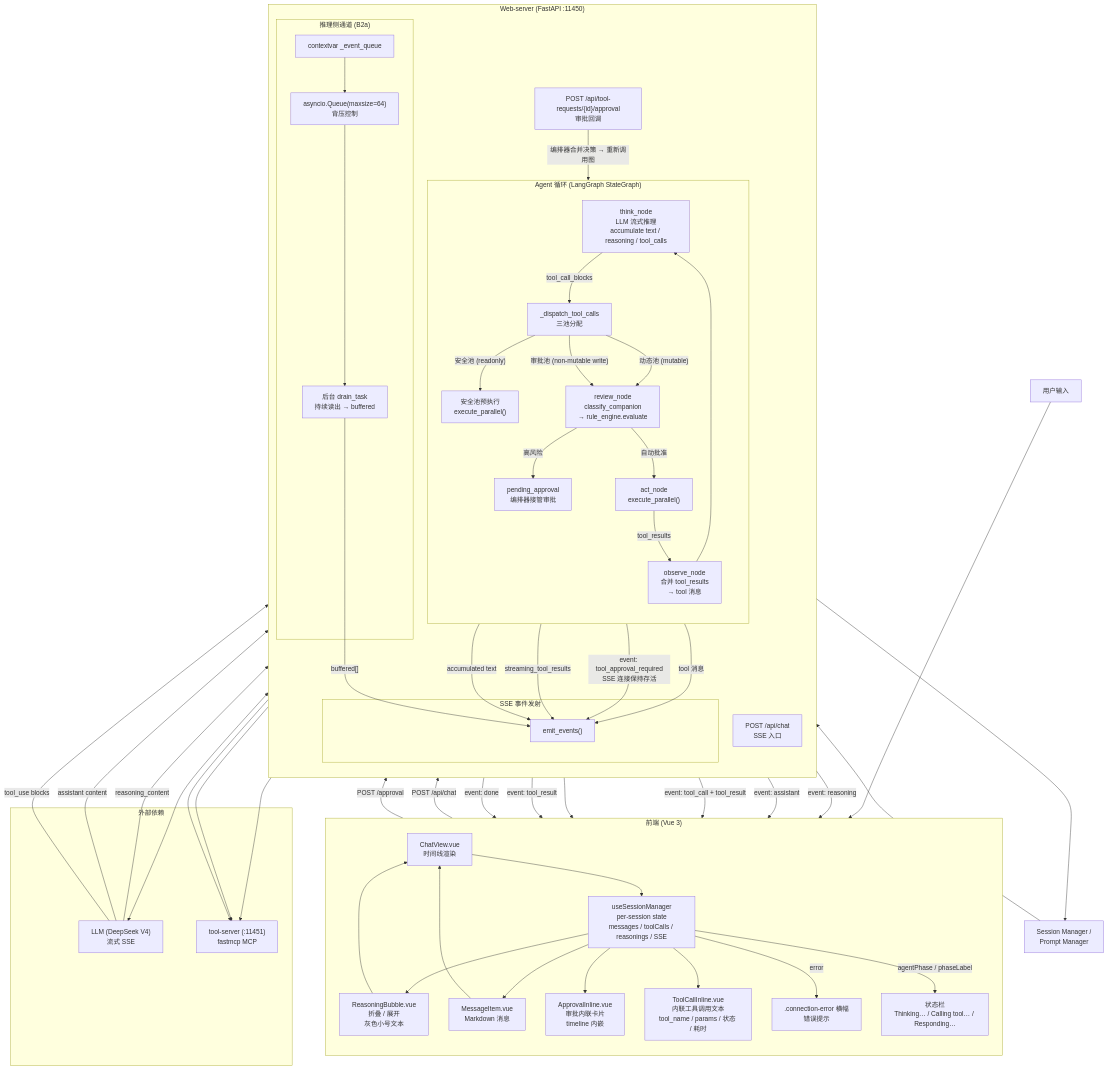
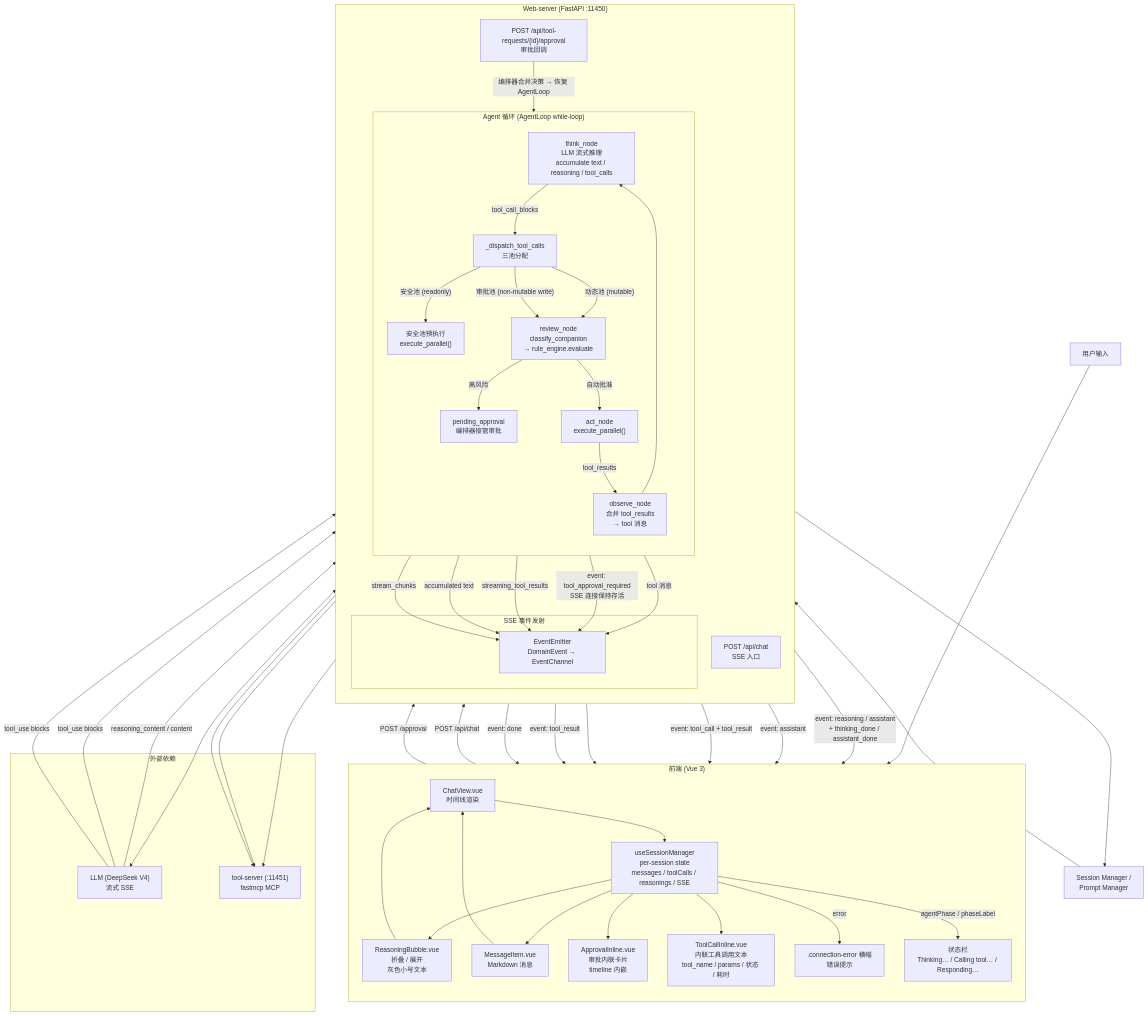
Diagram 11 of 14 in web-server/graph.md (nazzeDe/alascup-agent), drawn with Mermaid before and after one commit. The commit also changed other lines of this file and 11 other files, not shown here.

```diff
--- a/web-server/graph.md
+++ b/web-server/graph.md
@@ -777,7 +819,7 @@
         api_chat["POST /api/chat<br/>SSE 入口"]
         api_approval["POST /api/tool-requests/{id}/approval<br/>审批回调"]
 
-        subgraph agent_loop["Agent 循环 (LangGraph StateGraph)"]
+        subgraph agent_loop["Agent 循环 (AgentLoop while-loop)"]
             direction TB
             think["think_node<br/>LLM 流式推理<br/>accumulate text / reasoning / tool_calls"]
             dispatch["_dispatch_tool_calls<br/>三池分配"]
@@ -789,13 +831,7 @@
         end
 
         subgraph events["SSE 事件发射"]
-            emit["emit_events()"]
-        end
-
-        subgraph reasoning_channel["推理侧通道 (B2a)"]
-            ctx_var["contextvar _event_queue"]
-            reasoning_q["asyncio.Queue(maxsize=64)<br/>背压控制"]
-            drain_task["后台 drain_task<br/>持续读出 → buffered"]
+            emit["EventEmitter<br/>DomainEvent → EventChannel"]
         end
     end
 
@@ -812,15 +848,13 @@
     svc --> think
 
     think <--> llm
-    llm -- "reasoning_content" --> ctx_var
-    ctx_var --> reasoning_q
-    reasoning_q --> drain_task
-    drain_task -- "buffered[]" --> emit
-    emit -- "event: reasoning" --> session_mgr
+    llm -- "reasoning_content / content" --> think
+    think -- "stream_chunks" --> emit
+    emit -- "event: reasoning / assistant<br/>+ thinking_done / assistant_done" --> session_mgr
     session_mgr --> reason_bubble
     reason_bubble --> chat_view
 
-    llm -- "assistant content" --> think
+    llm -- "tool_use blocks" --> think
     think -- "accumulated text" --> emit
     emit -- "event: assistant" --> session_mgr
     session_mgr --> msg_item
@@ -843,7 +877,7 @@
     emit --> session_mgr
     session_mgr --> approval_inline
     approval_inline -- "POST /approval" --> api_approval
-    api_approval -- "编排器合并决策 → 重新调用图" --> act
+    api_approval -- "编排器合并决策 → 恢复 AgentLoop" --> act
 
     review -- "自动批准" --> act
     act --> tool_server
```
